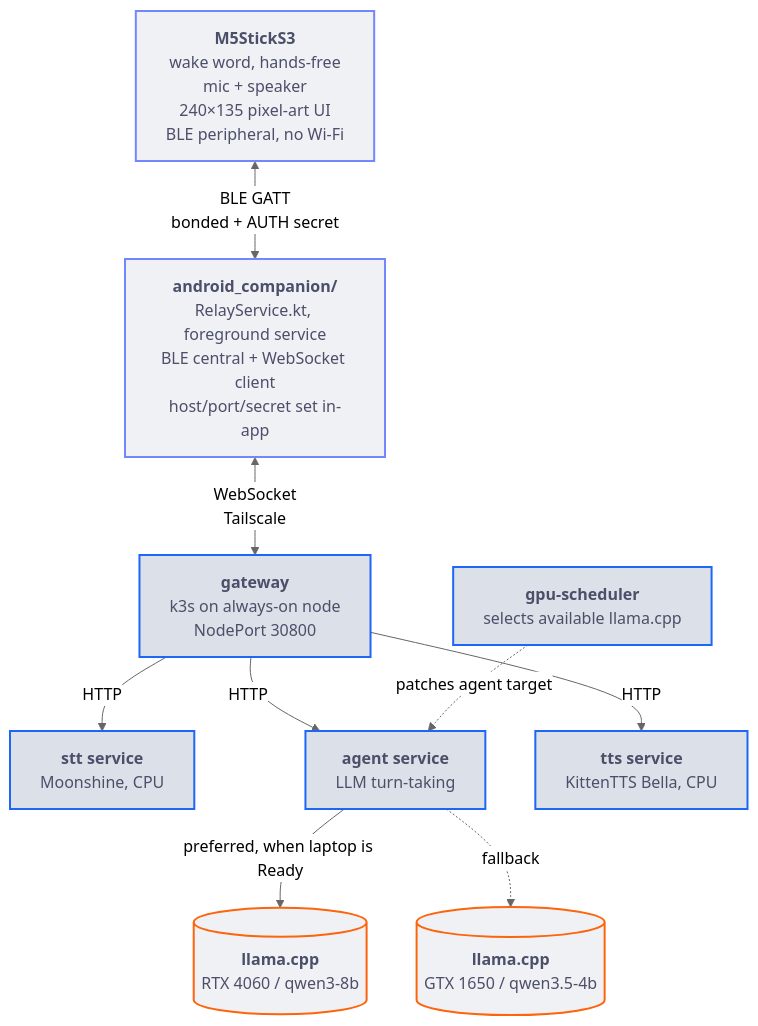
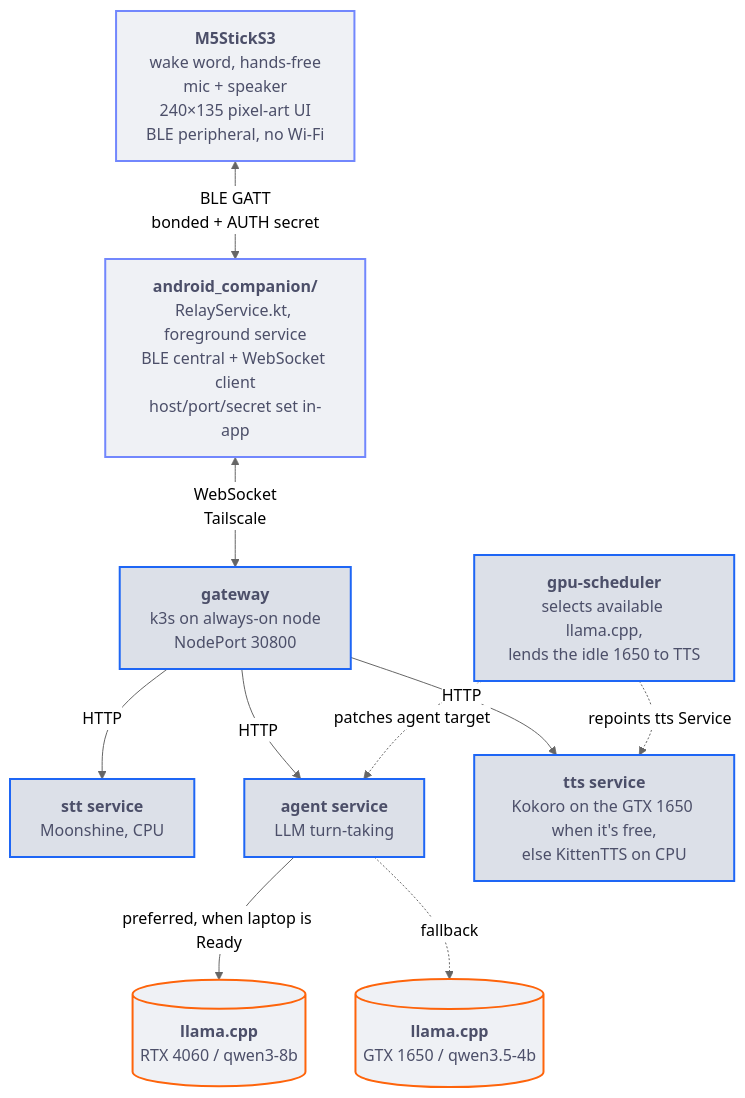
One commit to adixg/voice-assistant changed the first of 5 diagrams in README.md. Above: the diagram before and after it, drawn with Mermaid (neutral theme). The commit also changed other lines of this file and 8 other files, not shown here.

First line of the commit message:
Failover benchmark and docs for TTS on the idle GTX 1650

````diff
--- a/README.md
+++ b/README.md
@@ -37,28 +37,29 @@
 ```mermaid
 flowchart TB
     stick["<b>M5StickS3</b><br>wake word, hands-free<br>mic + speaker<br>240×135 pixel-art UI<br>BLE peripheral, no Wi-Fi"]
     relay["<b>android_companion/</b><br>RelayService.kt, foreground service<br>BLE central + WebSocket client<br>host/port/secret set in-app"]
     gateway["<b>gateway</b><br>k3s on always-on node<br>NodePort 30800"]
     stt["<b>stt service</b><br>Moonshine, CPU"]
     agent["<b>agent service</b><br>LLM turn-taking"]
-    tts["<b>tts service</b><br>KittenTTS Bella, CPU"]
-    controller["<b>gpu-scheduler</b><br>selects available llama.cpp"]
+    tts["<b>tts service</b><br>Kokoro on the GTX 1650 when it's free,<br>else KittenTTS on CPU"]
+    controller["<b>gpu-scheduler</b><br>selects available llama.cpp,<br>lends the idle 1650 to TTS"]
     llama1650[("<b>llama.cpp</b><br>GTX 1650 / qwen3.5-4b")]
     llama4060[("<b>llama.cpp</b><br>RTX 4060 / qwen3-8b")]
 
     stick <-->|"BLE GATT<br>bonded + AUTH secret"| relay
     relay <-->|"WebSocket<br>Tailscale"| gateway
     gateway -->|HTTP| stt
     gateway -->|HTTP| agent
     gateway -->|HTTP| tts
     agent -->|"preferred, when laptop is Ready"| llama4060
     agent -. "fallback" .-> llama1650
     controller -. "patches agent target" .-> agent
+    controller -. "repoints tts Service" .-> tts
 
     classDef device fill:#eff1f5,stroke:#7287fd,stroke-width:2px,color:#4c4f69
     classDef service fill:#dce0e8,stroke:#1e66f5,stroke-width:2px,color:#4c4f69
     classDef worker fill:#eff1f5,stroke:#fe640b,stroke-width:2px,color:#4c4f69
     class stick,relay device
     class gateway,stt,agent,tts,controller service
     class llama1650,llama4060 worker
 ```
````
